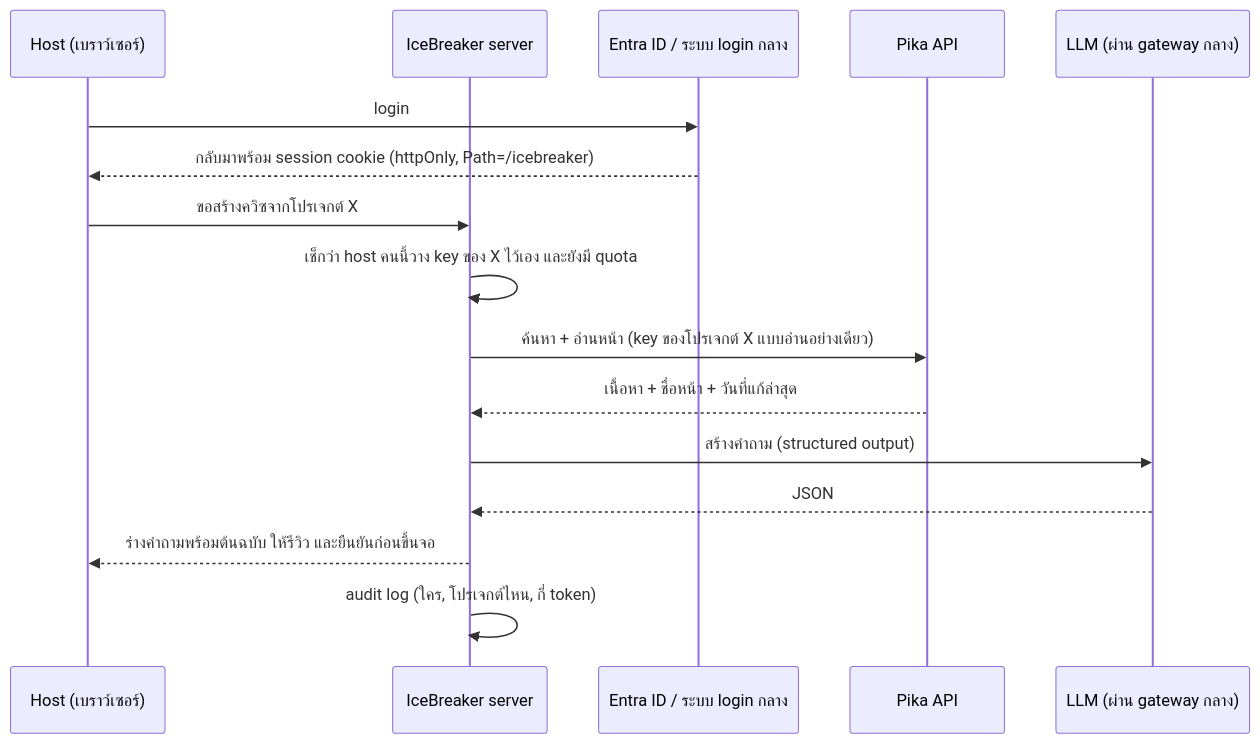
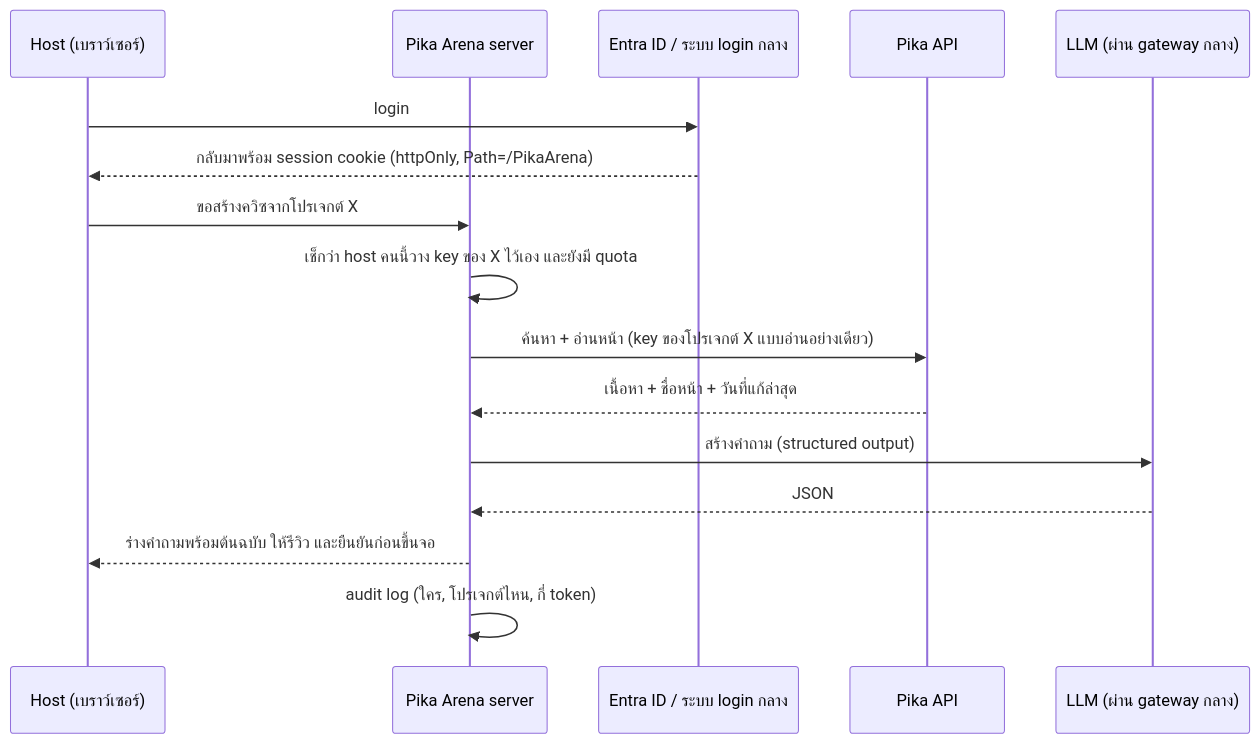
One commit to sakanarm/IcebreakerArena changed the third of 4 diagrams in docs/ROADMAP.md. Above: the diagram before and after it, drawn with Mermaid. The commit also changed other lines of this file and 80 other files, not shown here.

First line of the commit message:
Call the app Pika Arena, and serve it at /PikaArena

````diff
--- a/docs/ROADMAP.md
+++ b/docs/ROADMAP.md
@@ -881,18 +881,18 @@
 ```mermaid
 sequenceDiagram
   participant H as Host (เบราว์เซอร์)
-  participant IB as IceBreaker server
+  participant IB as Pika Arena server
   participant ID as Entra ID / ระบบ login กลาง
   participant P as Pika API
   participant L as LLM (ผ่าน gateway กลาง)
   H->>ID: login
-  ID-->>H: กลับมาพร้อม session cookie (httpOnly, Path=/icebreaker)
+  ID-->>H: กลับมาพร้อม session cookie (httpOnly, Path=/PikaArena)
   H->>IB: ขอสร้างควิซจากโปรเจกต์ X
   IB->>IB: เช็กว่า host คนนี้วาง key ของ X ไว้เอง และยังมี quota
   IB->>P: ค้นหา + อ่านหน้า (key ของโปรเจกต์ X แบบอ่านอย่างเดียว)
   P-->>IB: เนื้อหา + ชื่อหน้า + วันที่แก้ล่าสุด
   IB->>L: สร้างคำถาม (structured output)
   L-->>IB: JSON
   IB-->>H: ร่างคำถามพร้อมต้นฉบับ ให้รีวิว และยืนยันก่อนขึ้นจอ
   IB->>IB: audit log (ใคร, โปรเจกต์ไหน, กี่ token)
 ```
````
